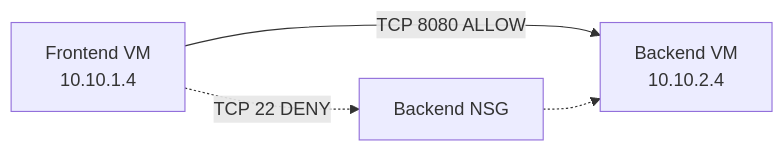
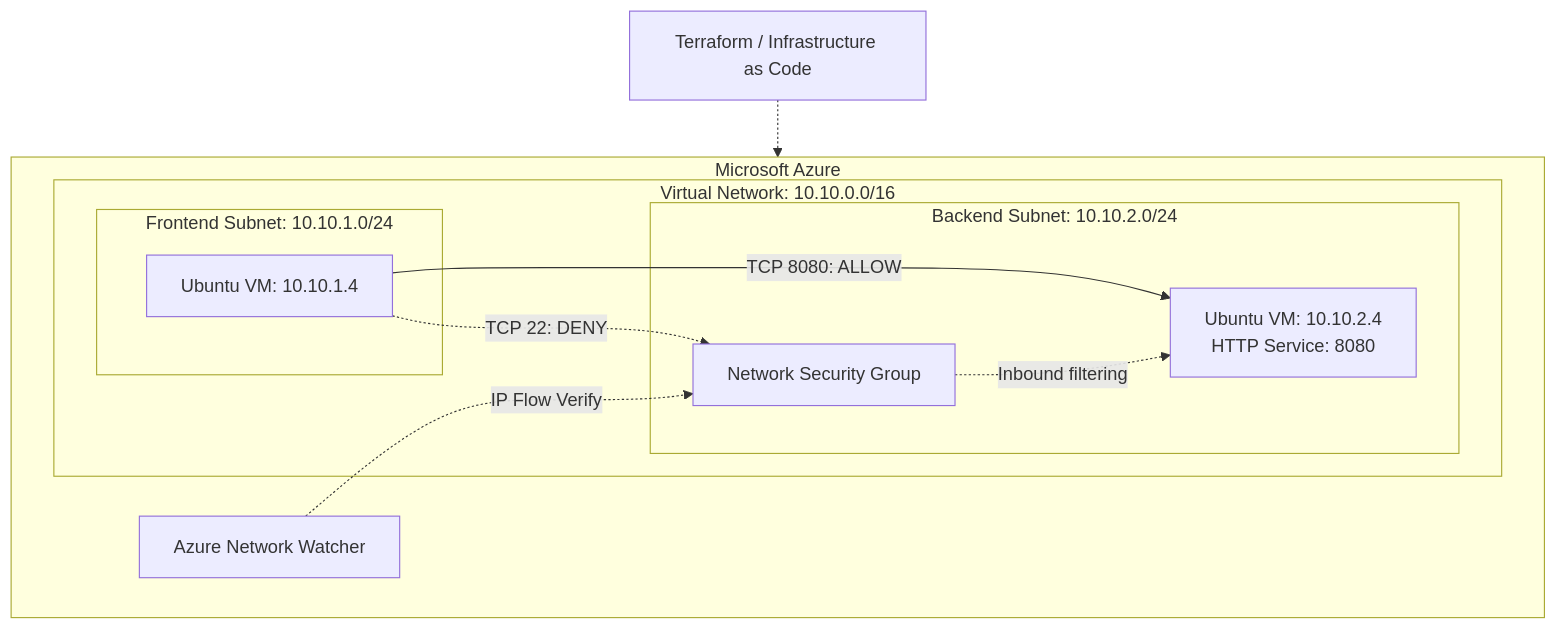
The diagram in README.md (emacs45/azure-network-segmentation), drawn with Mermaid before and after one commit. The commit also changed other lines of this file and 4 other files, not shown here.

Commit message:
docs: improve architecture documentation and add Terraform CI

````diff
--- a/README.md
+++ b/README.md
@@ -23,10 +29,25 @@
 ```mermaid
-flowchart LR
-    FE["Frontend VM<br/>10.10.1.4"]
-    NSG["Backend NSG"]
-    BE["Backend VM<br/>10.10.2.4"]
+flowchart TB
+    TF["Terraform / Infrastructure as Code"]
 
-    FE -->|"TCP 8080 ALLOW"| BE
-    FE -.->|"TCP 22 DENY"| NSG
-    NSG -.-> BE
+    subgraph AZ["Microsoft Azure"]
+        subgraph VNET["Virtual Network: 10.10.0.0/16"]
+            subgraph FRONT["Frontend Subnet: 10.10.1.0/24"]
+                FE["Ubuntu VM: 10.10.1.4"]
+            end
+
+            subgraph BACK["Backend Subnet: 10.10.2.0/24"]
+                BE["Ubuntu VM: 10.10.2.4<br/>HTTP Service: 8080"]
+                NSG["Network Security Group"]
+            end
+        end
+
+        NW["Azure Network Watcher"]
+    end
+
+    TF -.-> AZ
+    FE -->|"TCP 8080: ALLOW"| BE
+    FE -.->|"TCP 22: DENY"| NSG
+    NSG -.->|"Inbound filtering"| BE
+    NW -.->|"IP Flow Verify"| NSG
 ```
````
